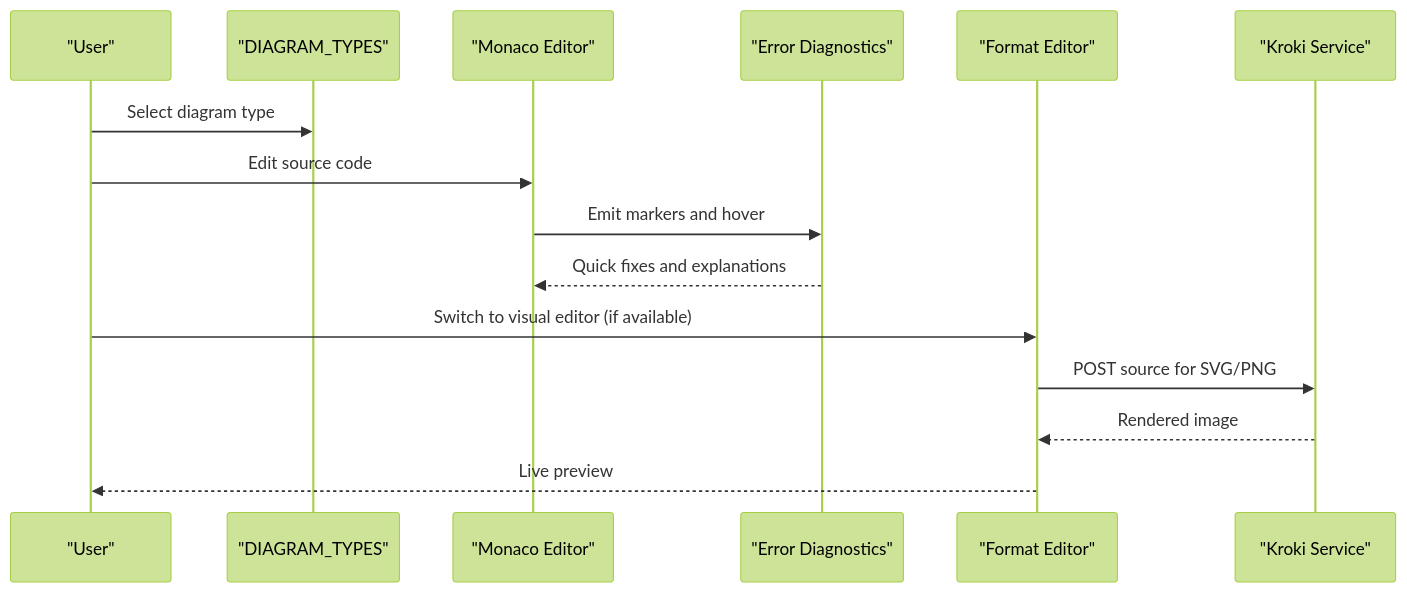
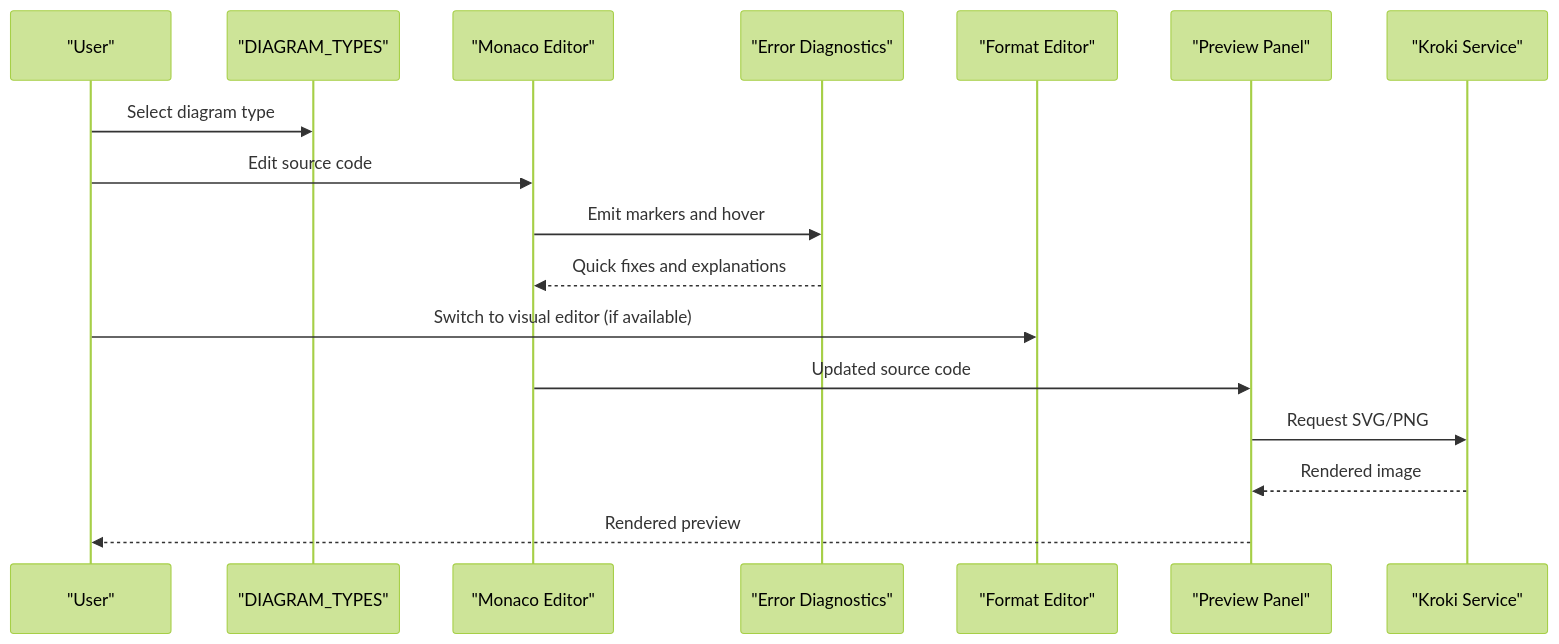
Before and after one commit to ongchonghian/universal-diagram-editor: the second of 6 diagrams in .qoder/repowiki/en/content/Diagram Types and Formats/Specialized Diagram Formats.md, drawn with Mermaid (forest theme). The commit also changed other lines of this file and 31 other files, not shown here.

````diff
--- a/.qoder/repowiki/en/content/Diagram Types and Formats/Specialized Diagram Formats.md
+++ b/.qoder/repowiki/en/content/Diagram Types and Formats/Specialized Diagram Formats.md
@@ -81,17 +80,19 @@
 ```mermaid
 sequenceDiagram
 participant User as "User"
 participant Config as "DIAGRAM_TYPES"
 participant Monaco as "Monaco Editor"
 participant Diagnostics as "Error Diagnostics"
 participant Editor as "Format Editor"
+participant Preview as "Preview Panel"
 participant Kroki as "Kroki Service"
 User->>Config : Select diagram type
 User->>Monaco : Edit source code
 Monaco->>Diagnostics : Emit markers and hover
 Diagnostics-->>Monaco : Quick fixes and explanations
 User->>Editor : Switch to visual editor (if available)
-Editor->>Kroki : POST source for SVG/PNG
-Kroki-->>Editor : Rendered image
-Editor-->>User : Live preview
+Monaco->>Preview : Updated source code
+Preview->>Kroki : Request SVG/PNG
+Kroki-->>Preview : Rendered image
+Preview-->>User : Rendered preview
 ```
````
